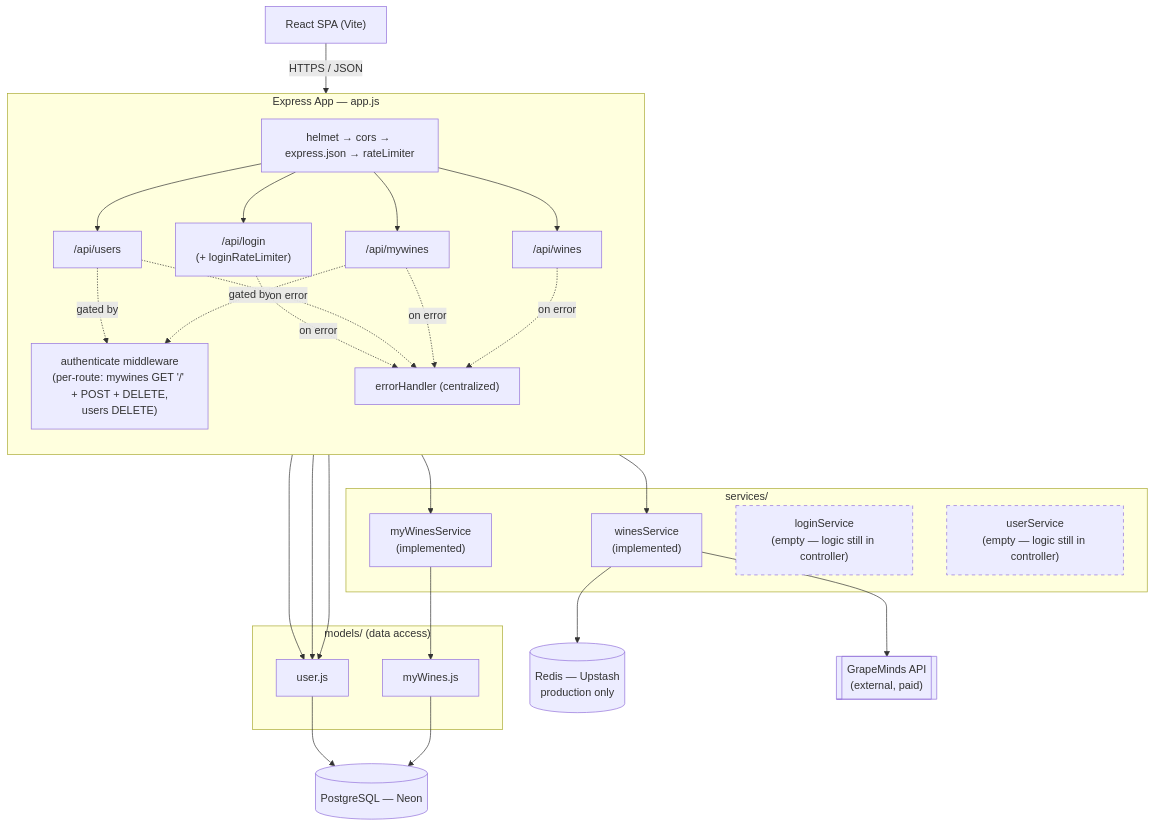
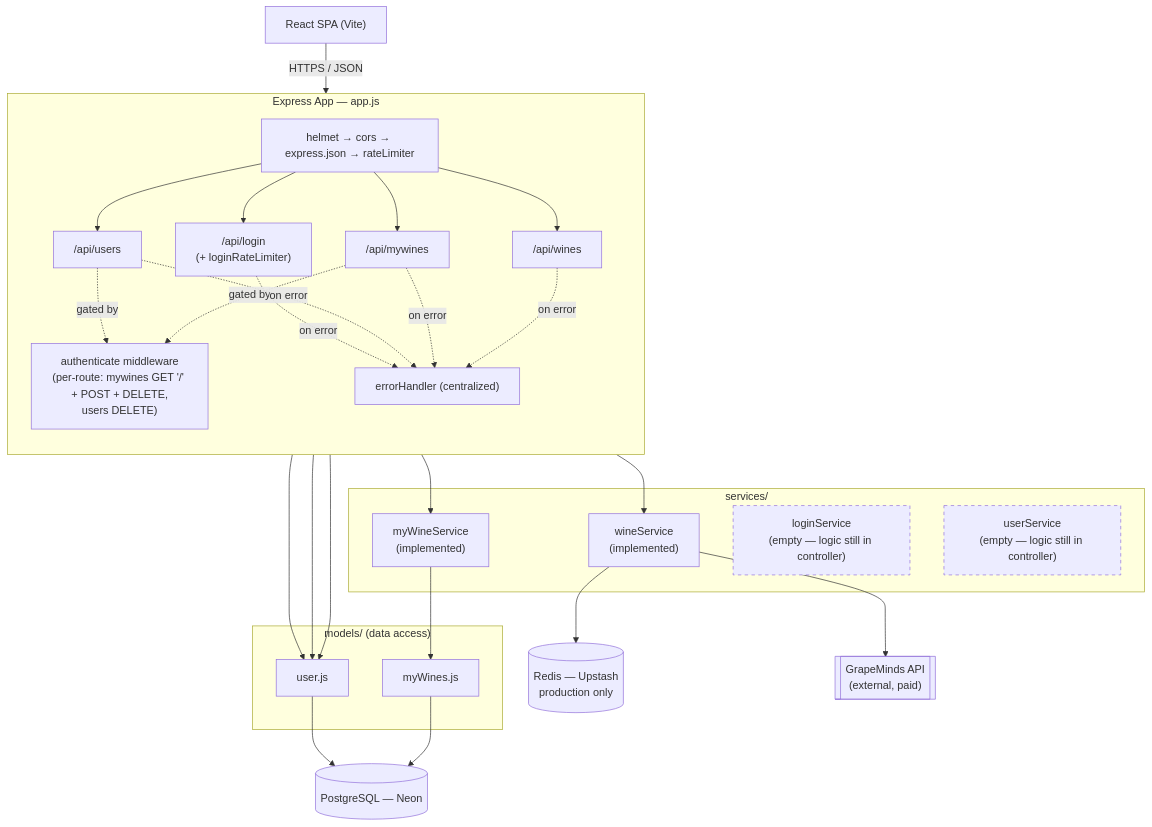
Before and after one commit to vsvala/KnowWine-AI: the first of 7 diagrams in back/README.md, drawn with Mermaid. The commit also changed other lines of this file and 3 other files, not shown here.

````diff
--- a/back/README.md
+++ b/back/README.md
@@ -22,57 +22,57 @@
 ```mermaid
 flowchart TB
     FE["React SPA (Vite)"]
 
     subgraph App["Express App — app.js"]
         direction TB
         MW["helmet → cors → express.json → rateLimiter"]
         RLogin["/api/login\n(+ loginRateLimiter)"]
         RUsers["/api/users"]
         RMyWines["/api/mywines"]
         RWines["/api/wines"]
         Auth["authenticate middleware\n(per-route: mywines GET '/' + POST + DELETE,\nusers DELETE)"]
         ErrH["errorHandler (centralized)"]
     end
 
     subgraph Services["services/"]
-        MyWinesSvc["myWinesService\n(implemented)"]
-        WinesSvc["winesService\n(implemented)"]
+        MyWinesSvc["myWineService\n(implemented)"]
+        WinesSvc["wineService\n(implemented)"]
         LoginSvc["loginService\n(empty — logic still in controller)"]
         UserSvc["userService\n(empty — logic still in controller)"]
     end
 
     subgraph Models["models/ (data access)"]
         UserModel["user.js"]
         MyWinesModel["myWines.js"]
     end
 
     PG[("PostgreSQL — Neon")]
     RD[("Redis — Upstash\nproduction only")]
     GM[["GrapeMinds API\n(external, paid)"]]
 
     FE -->|HTTPS / JSON| MW
     MW --> RLogin & RUsers & RMyWines & RWines
 
     RUsers -.gated by.-> Auth
     RMyWines -.gated by.-> Auth
     Auth --> UserModel
 
     RLogin --> UserModel
     RUsers --> UserModel
     RMyWines --> MyWinesSvc
     MyWinesSvc --> MyWinesModel
     RWines --> WinesSvc
 
     UserModel --> PG
     MyWinesModel --> PG
     WinesSvc --> RD
     WinesSvc --> GM
 
     RLogin -. on error .-> ErrH
     RUsers -. on error .-> ErrH
     RMyWines -. on error .-> ErrH
     RWines -. on error .-> ErrH
 
     style LoginSvc stroke-dasharray: 5 5
     style UserSvc stroke-dasharray: 5 5
 ```
````
